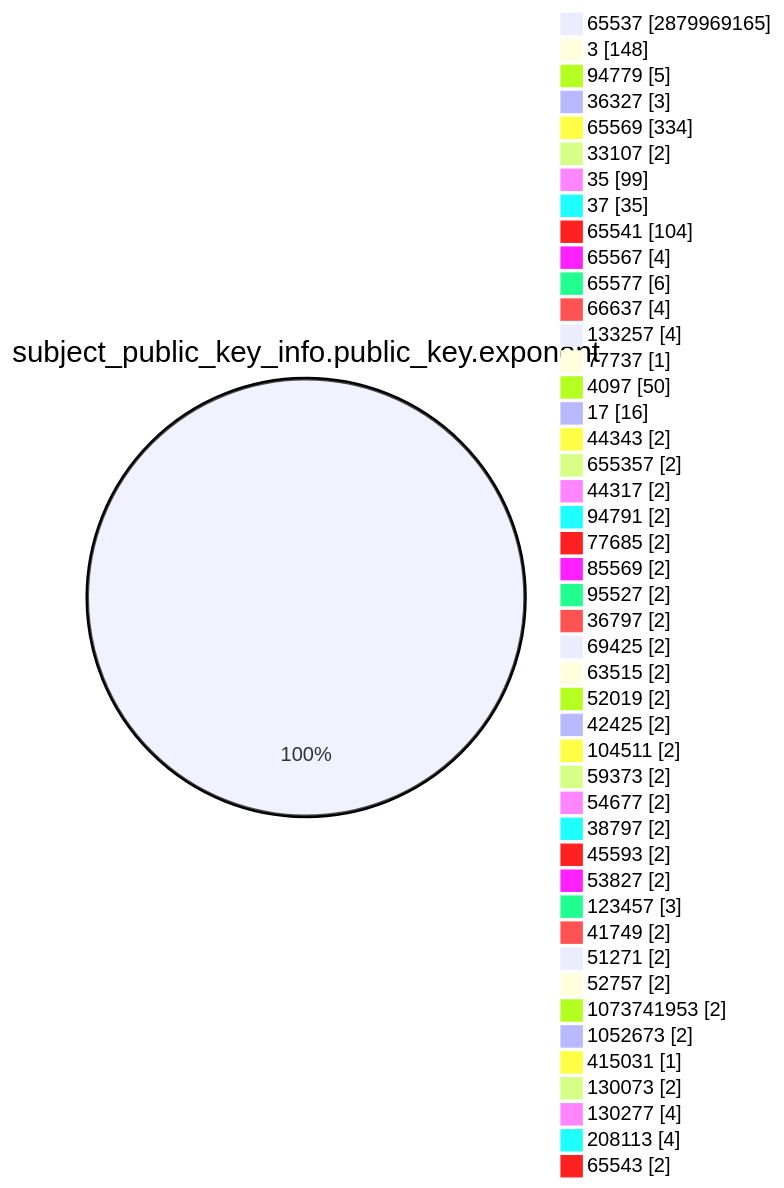
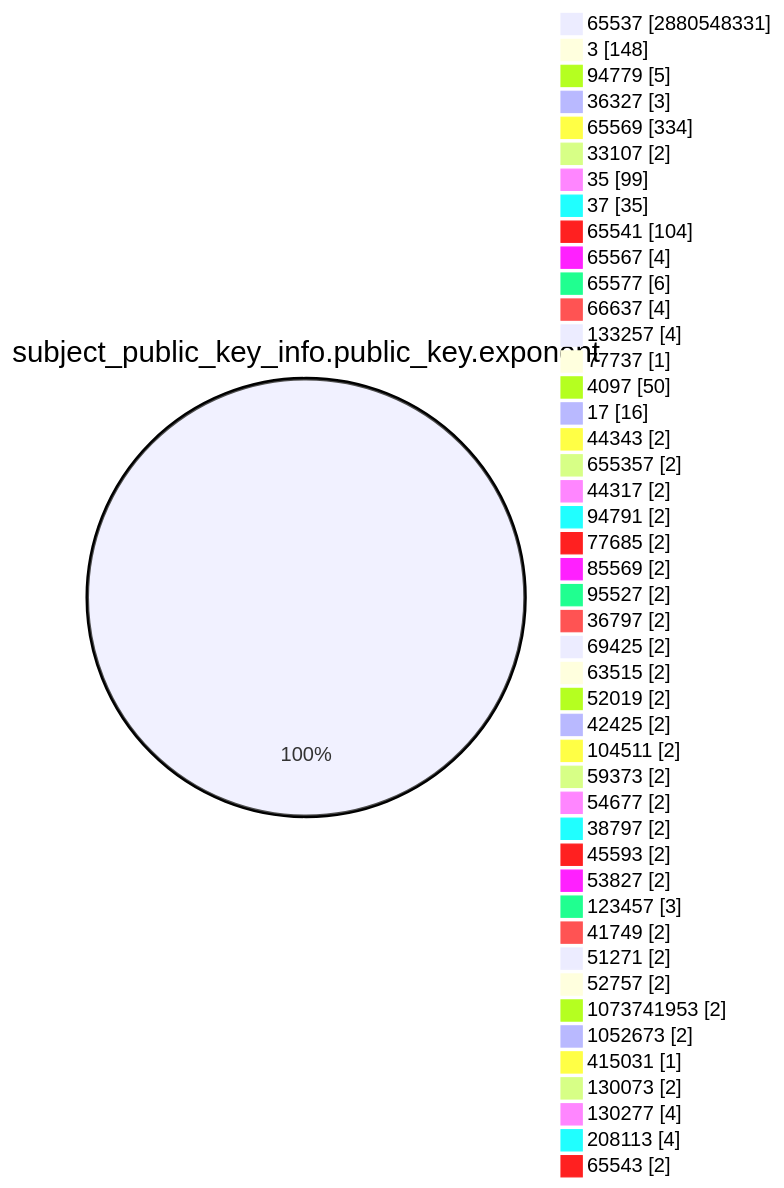
Before and after one commit to christiankrug/ctmonitor_visualization: the fourth of 15 diagrams in TOTAL/README.md, drawn with Mermaid. The commit also changed other lines of this file, not shown here.

````diff
--- a/TOTAL/README.md
+++ b/TOTAL/README.md
@@ -1468,49 +1468,49 @@
 ```mermaid
 pie showData
 title subject_public_key_info.public_key.exponent
-"65537" :2879969165
+"65537" :2880548331
 "3" :148
 "94779" :5
 "36327" :3
 "65569" :334
 "33107" :2
 "35" :99
 "37" :35
 "65541" :104
 "65567" :4
 "65577" :6
 "66637" :4
 "133257" :4
 "77737" :1
 "4097" :50
 "17" :16
 "44343" :2
 "655357" :2
 "44317" :2
 "94791" :2
 "77685" :2
 "85569" :2
 "95527" :2
 "36797" :2
 "69425" :2
 "63515" :2
 "52019" :2
 "42425" :2
 "104511" :2
 "59373" :2
 "54677" :2
 "38797" :2
 "45593" :2
 "53827" :2
 "123457" :3
 "41749" :2
 "51271" :2
 "52757" :2
 "1073741953" :2
 "1052673" :2
 "415031" :1
 "130073" :2
 "130277" :4
 "208113" :4
 "65543" :2
 ```
````
